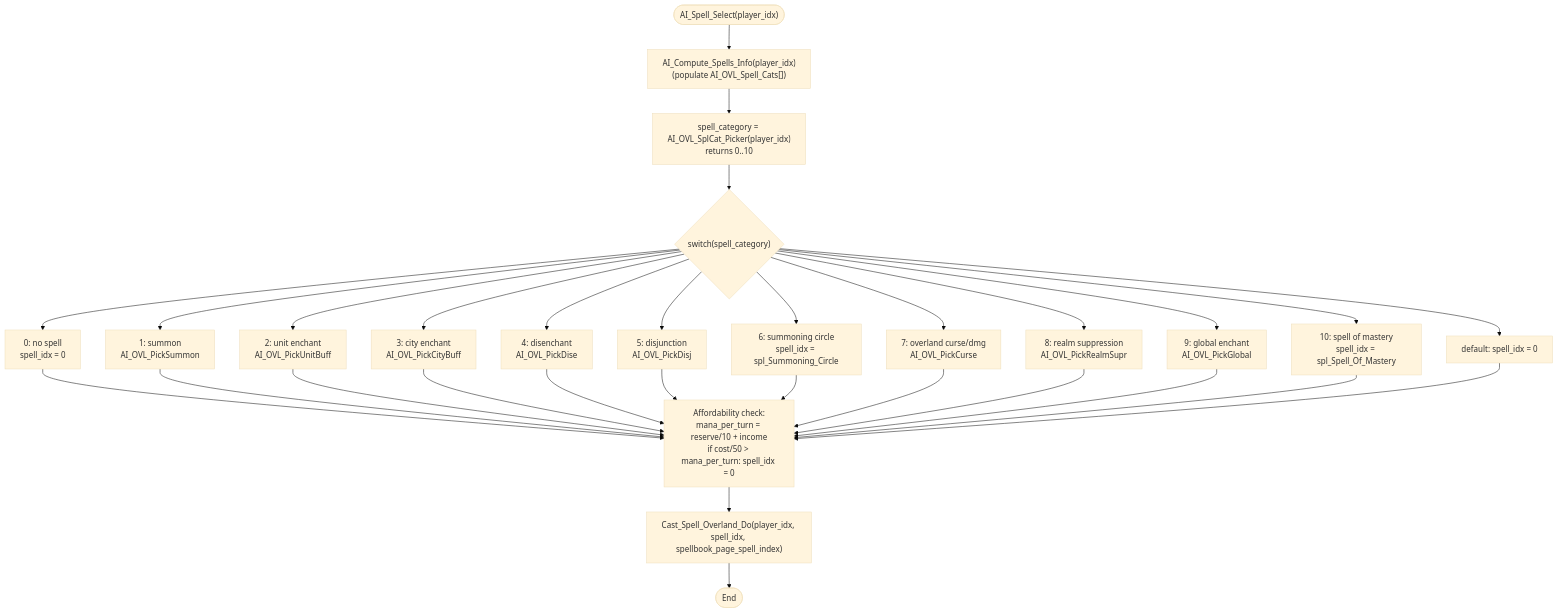
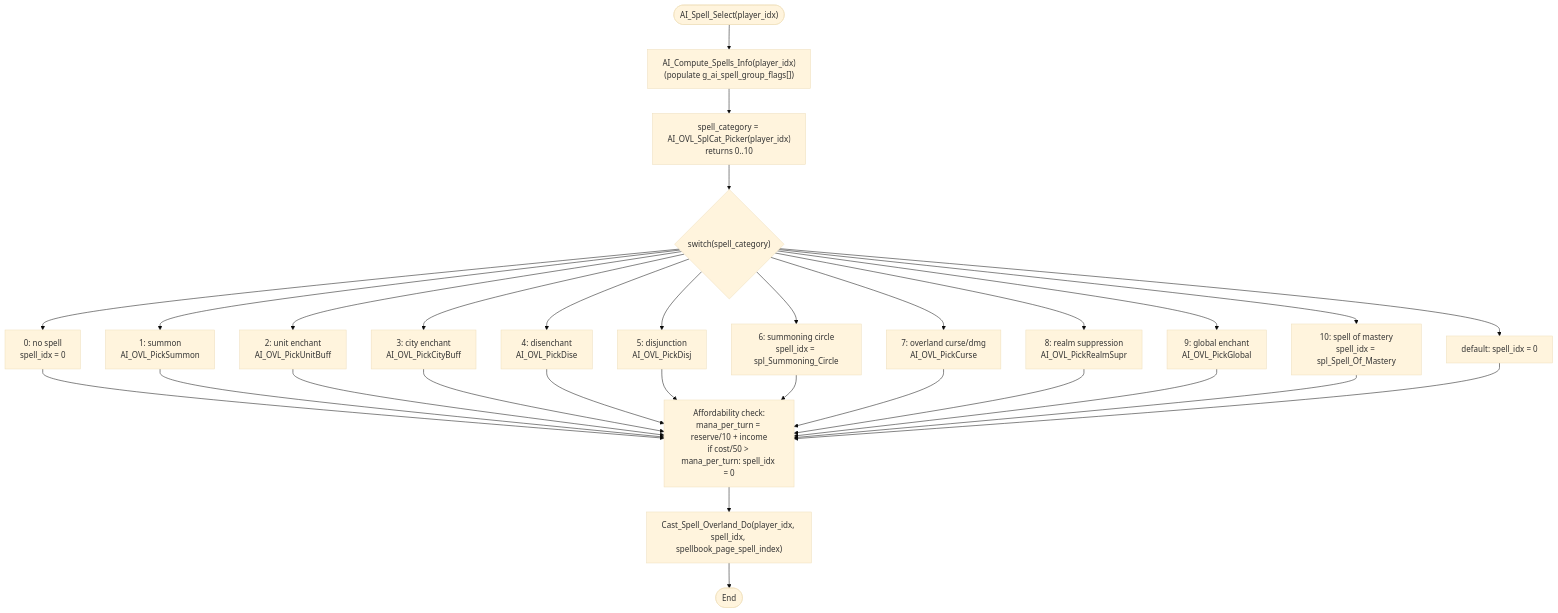
Before and after one commit to jbalcomb/ReMoM: the diagram in doc/ComputerPlayer/AISPELL-AI_Spell_Select.md, drawn with Mermaid (base theme). The commit also changed other lines of this file and 8 other files, not shown here.

Commit message:
done-done AI_Compute_Spells_Info()

````diff
--- a/doc/ComputerPlayer/AISPELL-AI_Spell_Select.md
+++ b/doc/ComputerPlayer/AISPELL-AI_Spell_Select.md
@@ -56,39 +62,39 @@
 ```mermaid
 flowchart TD
     Entry(["AI_Spell_Select(player_idx)"])
-    Compute["AI_Compute_Spells_Info(player_idx)<br/>(populate AI_OVL_Spell_Cats[])"]
+    Compute["AI_Compute_Spells_Info(player_idx)<br/>(populate g_ai_spell_group_flags[])"]
     PickCat["spell_category = AI_OVL_SplCat_Picker(player_idx)<br/>returns 0..10"]
     Switch{"switch(spell_category)"}
 
     C0["0: no spell<br/>spell_idx = 0"]
     C1["1: summon<br/>AI_OVL_PickSummon"]
     C2["2: unit enchant<br/>AI_OVL_PickUnitBuff"]
     C3["3: city enchant<br/>AI_OVL_PickCityBuff"]
     C4["4: disenchant<br/>AI_OVL_PickDise"]
     C5["5: disjunction<br/>AI_OVL_PickDisj"]
     C6["6: summoning circle<br/>spell_idx = spl_Summoning_Circle"]
     C7["7: overland curse/dmg<br/>AI_OVL_PickCurse"]
     C8["8: realm suppression<br/>AI_OVL_PickRealmSupr"]
     C9["9: global enchant<br/>AI_OVL_PickGlobal"]
     C10["10: spell of mastery<br/>spell_idx = spl_Spell_Of_Mastery"]
     CD["default: spell_idx = 0"]
 
     Afford["Affordability check:<br/>mana_per_turn = reserve/10 + income<br/>if cost/50 > mana_per_turn: spell_idx = 0"]
     Cast["Cast_Spell_Overland_Do(player_idx, spell_idx, spellbook_page_spell_index)"]
     Done(["End"])
 
     Entry --> Compute --> PickCat --> Switch
     Switch --> C0 --> Afford
     Switch --> C1 --> Afford
     Switch --> C2 --> Afford
     Switch --> C3 --> Afford
     Switch --> C4 --> Afford
     Switch --> C5 --> Afford
     Switch --> C6 --> Afford
     Switch --> C7 --> Afford
     Switch --> C8 --> Afford
     Switch --> C9 --> Afford
     Switch --> C10 --> Afford
     Switch --> CD --> Afford
     Afford --> Cast --> Done
 ```
````
